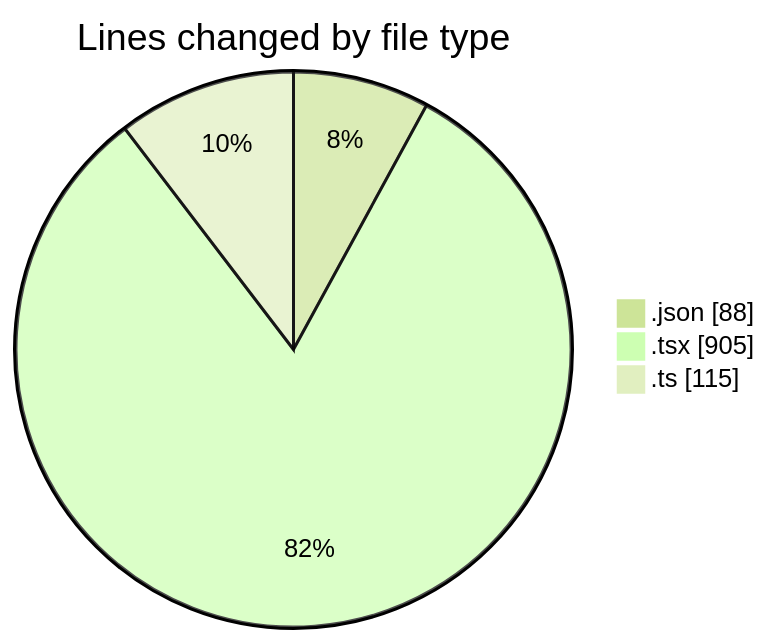
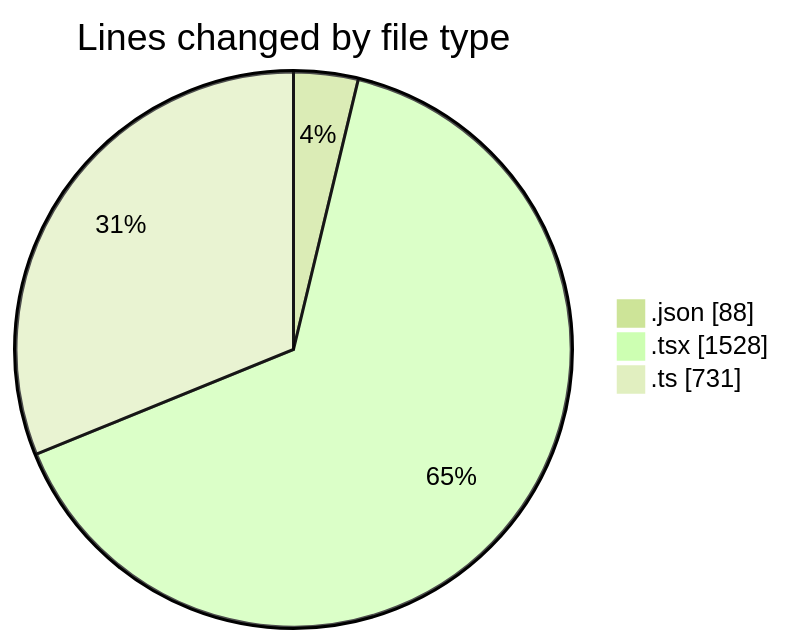
The first of 2 diagrams in 2026-10-22/cda/README.md (momahboobian/code-tracking), drawn with Mermaid (forest theme) before and after one commit. The commit also changed other lines of this file and 1 other file, not shown here.

````diff
--- a/2026-10-22/cda/README.md
+++ b/2026-10-22/cda/README.md
@@ -24,7 +28,7 @@
 ```mermaid
 pie showData
 title Lines changed by file type
 ".json" : 88
-".tsx" : 905
-".ts" : 115
+".tsx" : 1528
+".ts" : 731
 ```
````
